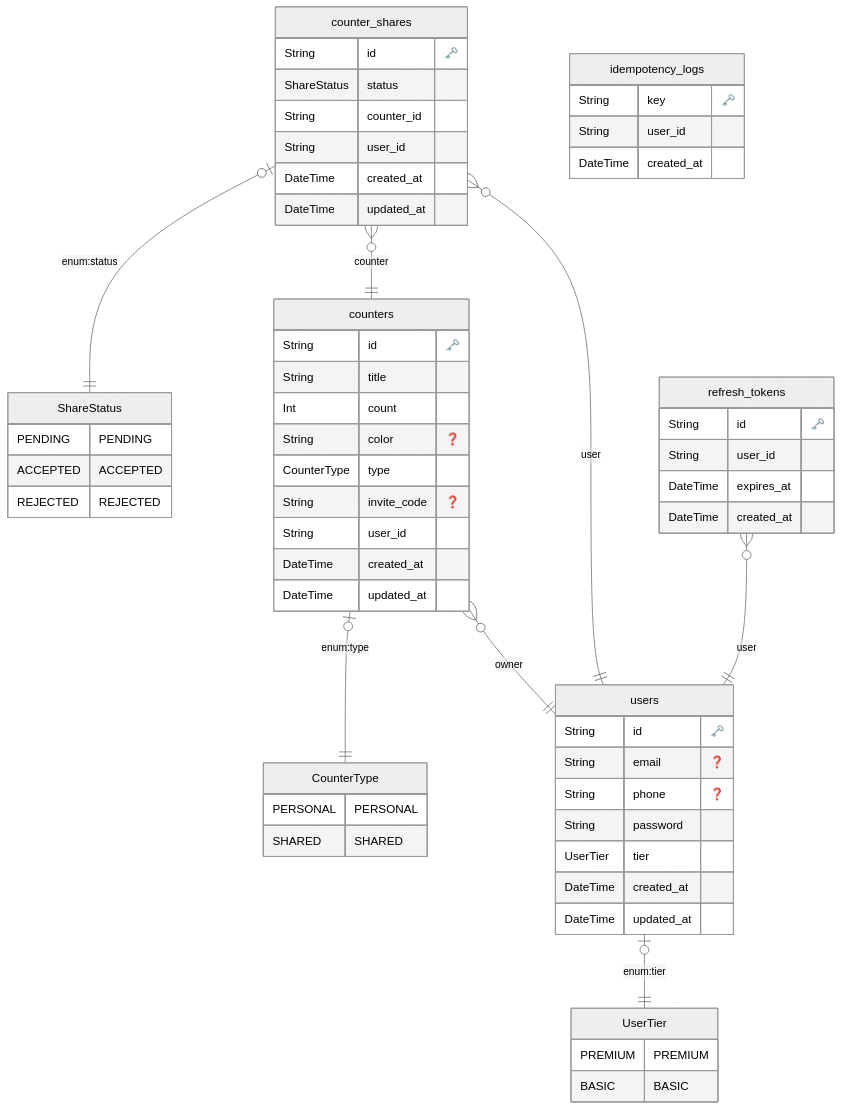
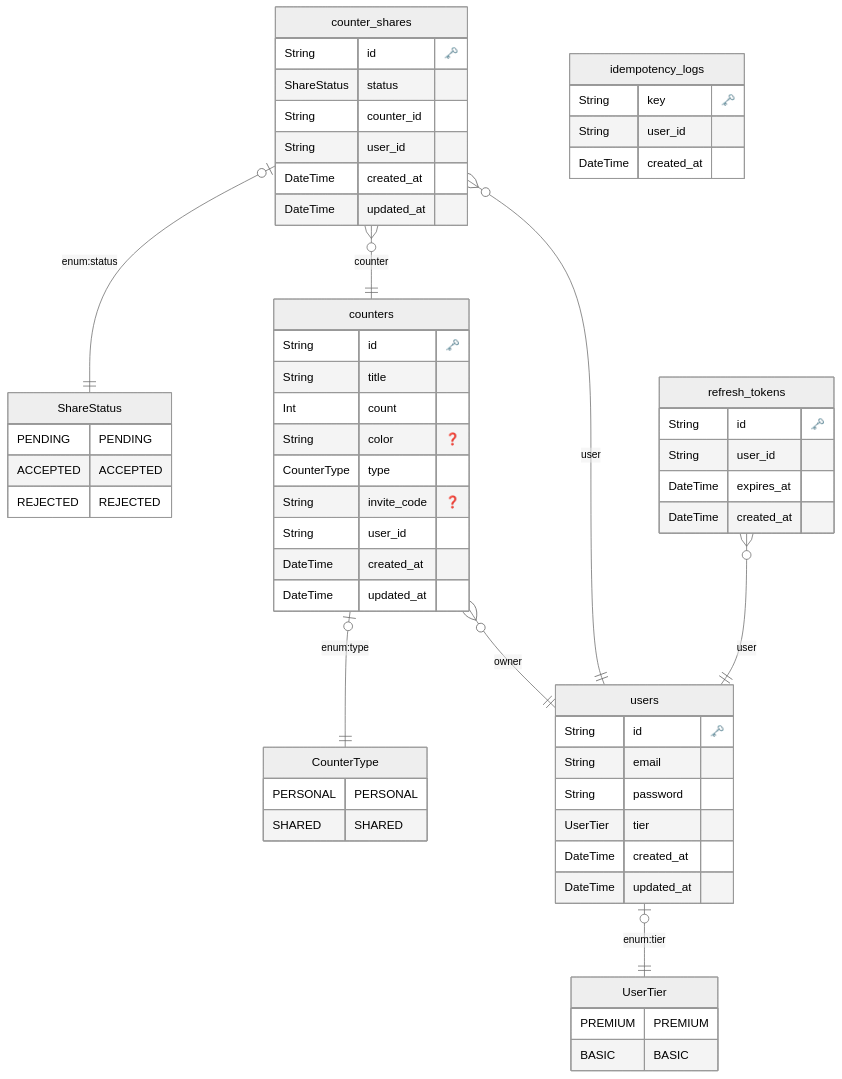
One commit to michaelgreenl/tally-tracker changed the diagram in docs/diagrams/architecture/ERD.md. Above: the diagram before and after it, drawn with Mermaid (neutral theme). The commit also changed 13 other files, not shown here.

````diff
--- a/docs/diagrams/architecture/ERD.md
+++ b/docs/diagrams/architecture/ERD.md
@@ -1,79 +1,78 @@
 ```mermaid
 erDiagram
 
         CounterType {
             PERSONAL PERSONAL
 SHARED SHARED
         }
     
 
 
         ShareStatus {
             PENDING PENDING
 ACCEPTED ACCEPTED
 REJECTED REJECTED
         }
     
 
 
         UserTier {
             PREMIUM PREMIUM
 BASIC BASIC
         }
     
   "counters" {
     String id "🗝️"
     String title 
     Int count 
     String color "❓"
     CounterType type 
     String invite_code "❓"
     String user_id 
     DateTime created_at 
     DateTime updated_at 
     }
   
 
   "counter_shares" {
     String id "🗝️"
     ShareStatus status 
     String counter_id 
     String user_id 
     DateTime created_at 
     DateTime updated_at 
     }
   
 
   "idempotency_logs" {
     String key "🗝️"
     String user_id 
     DateTime created_at 
     }
   
 
   "refresh_tokens" {
     String id "🗝️"
     String user_id 
     DateTime expires_at 
     DateTime created_at 
     }
   
 
   "users" {
     String id "🗝️"
-    String email "❓"
-    String phone "❓"
+    String email 
     String password 
     UserTier tier 
     DateTime created_at 
     DateTime updated_at 
     }
   
     "counters" |o--|| "CounterType" : "enum:type"
     "counters" }o--|| users : "owner"
     "counter_shares" |o--|| "ShareStatus" : "enum:status"
     "counter_shares" }o--|| counters : "counter"
     "counter_shares" }o--|| users : "user"
     "refresh_tokens" }o--|| users : "user"
     "users" |o--|| "UserTier" : "enum:tier"
 ```
````
